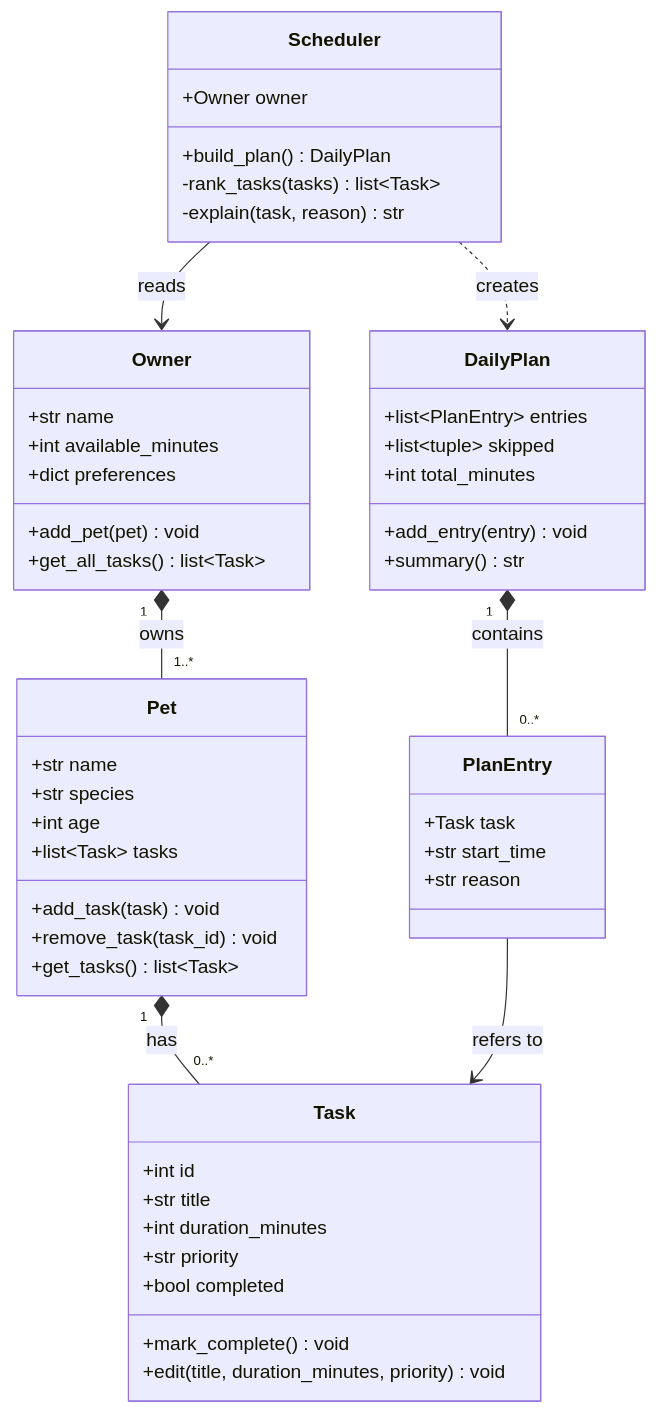
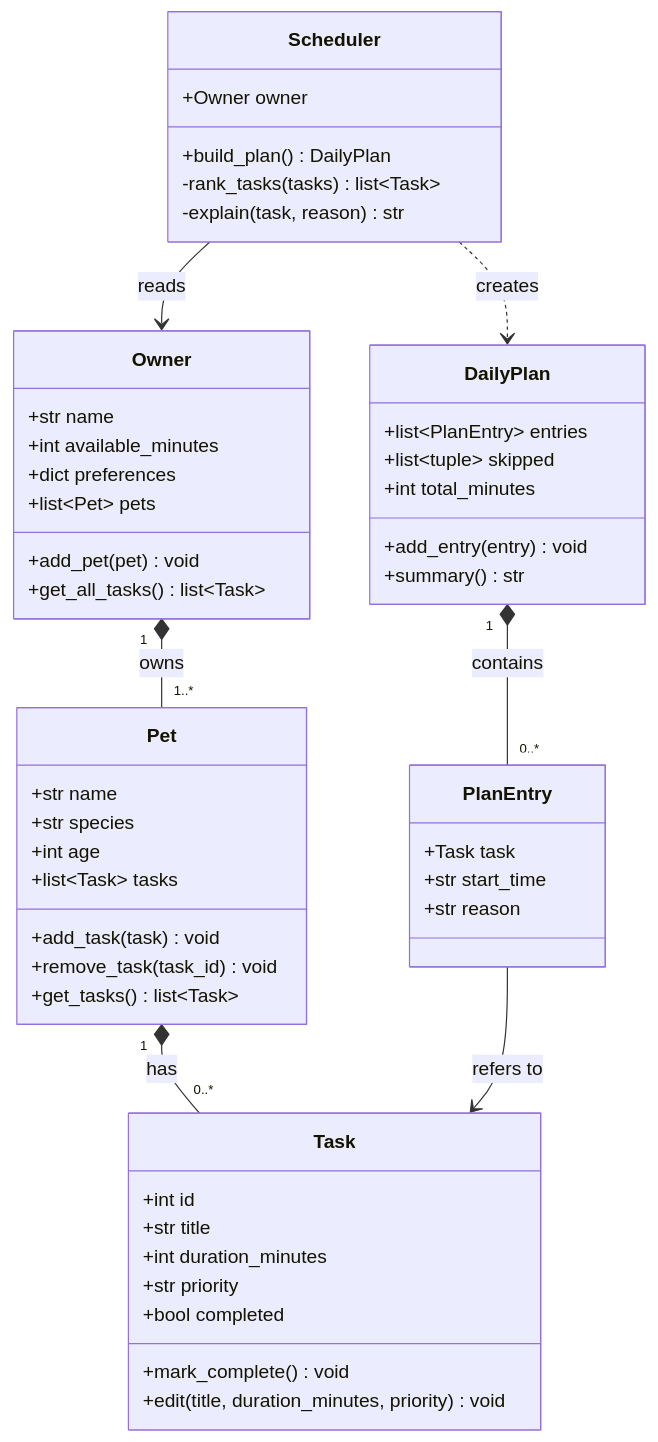
The diagram in diagrams/uml.mmd (hassan47khan/ai110-module2show-pawpal-starter), drawn with Mermaid before and after one commit. The commit also changed 1 other file, not shown here.

Commit message:
chore: add class skeletons from UML

```diff
--- a/diagrams/uml.mmd
+++ b/diagrams/uml.mmd
@@ -1,56 +1,57 @@
 classDiagram
     class Owner {
         +str name
         +int available_minutes
         +dict preferences
+        +list~Pet~ pets
         +add_pet(pet) void
         +get_all_tasks() list~Task~
     }
 
     class Pet {
         +str name
         +str species
         +int age
         +list~Task~ tasks
         +add_task(task) void
         +remove_task(task_id) void
         +get_tasks() list~Task~
     }
 
     class Task {
         +int id
         +str title
         +int duration_minutes
         +str priority
         +bool completed
         +mark_complete() void
         +edit(title, duration_minutes, priority) void
     }
 
     class Scheduler {
         +Owner owner
         +build_plan() DailyPlan
         -rank_tasks(tasks) list~Task~
         -explain(task, reason) str
     }
 
     class DailyPlan {
         +list~PlanEntry~ entries
         +list~tuple~ skipped
         +int total_minutes
         +add_entry(entry) void
         +summary() str
     }
 
     class PlanEntry {
         +Task task
         +str start_time
         +str reason
     }
 
     Owner "1" *-- "1..*" Pet : owns
     Pet "1" *-- "0..*" Task : has
     Scheduler --> Owner : reads
     Scheduler ..> DailyPlan : creates
     DailyPlan "1" *-- "0..*" PlanEntry : contains
     PlanEntry --> Task : refers to
```
